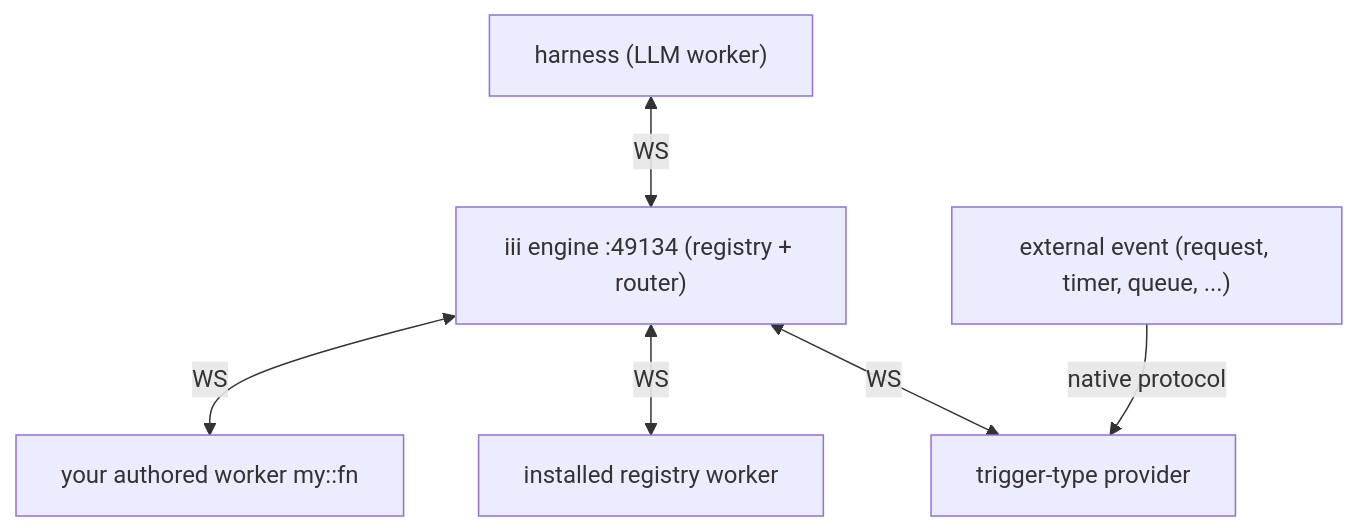
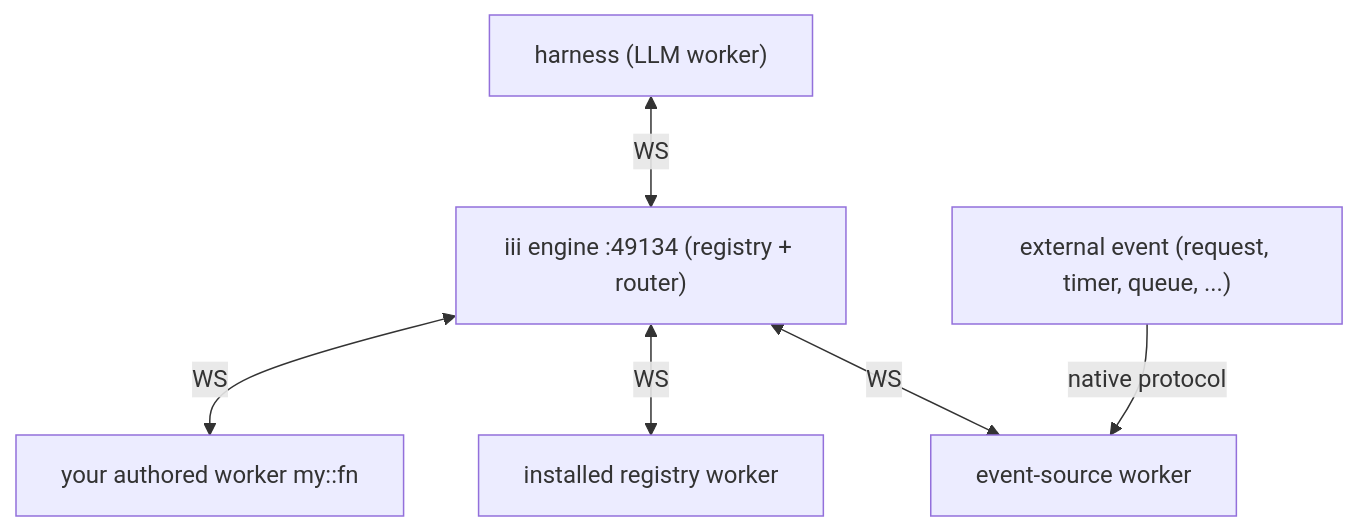
Before and after one commit to iii-hq/iii: the diagram in engine/src/workers/engine_fn/skills/SKILL.md, drawn with Mermaid. The commit also changed other lines of this file and 29 other files, not shown here.

````diff
--- a/engine/src/workers/engine_fn/skills/SKILL.md
+++ b/engine/src/workers/engine_fn/skills/SKILL.md
@@ -46,8 +46,8 @@
 ```mermaid
 graph TD
   Harness["harness (LLM worker)"] <-->|"WS"| Engine["iii engine :49134 (registry + router)"]
   Engine <-->|"WS"| WorkerA["your authored worker my::fn"]
   Engine <-->|"WS"| WorkerB["installed registry worker"]
-  Engine <-->|"WS"| Provider["trigger-type provider"]
+  Engine <-->|"WS"| Provider["event-source worker"]
   External["external event (request, timer, queue, ...)"] -->|"native protocol"| Provider
 ```
````
